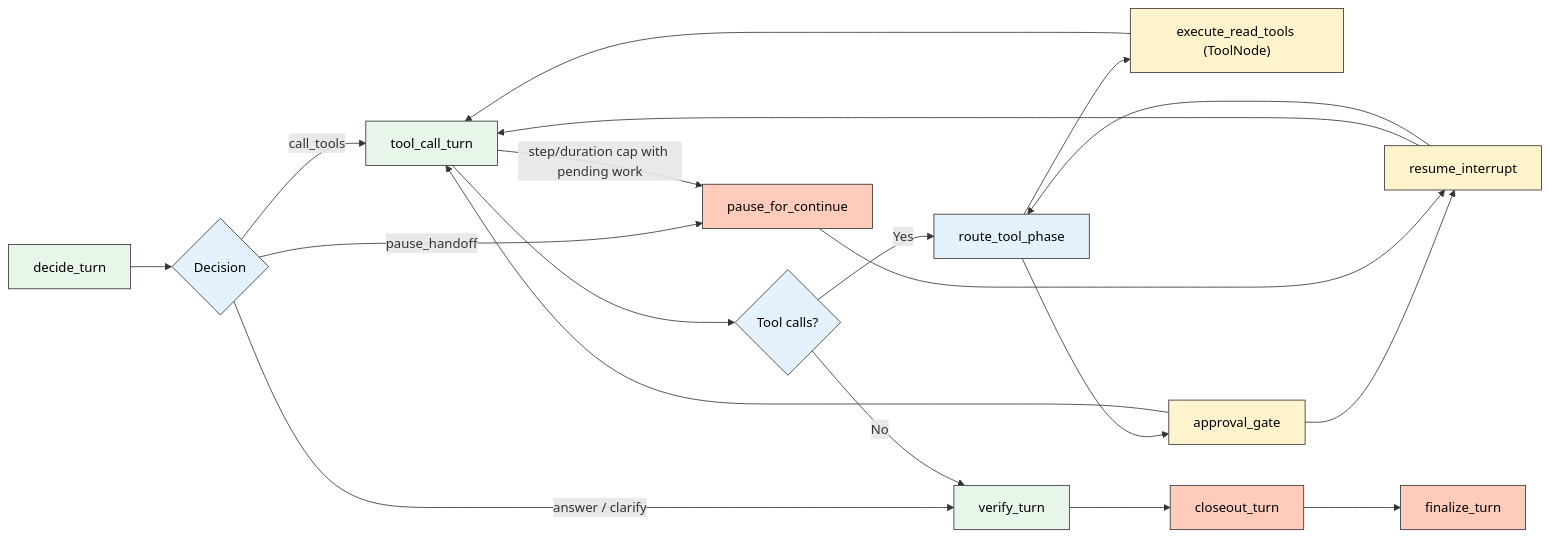
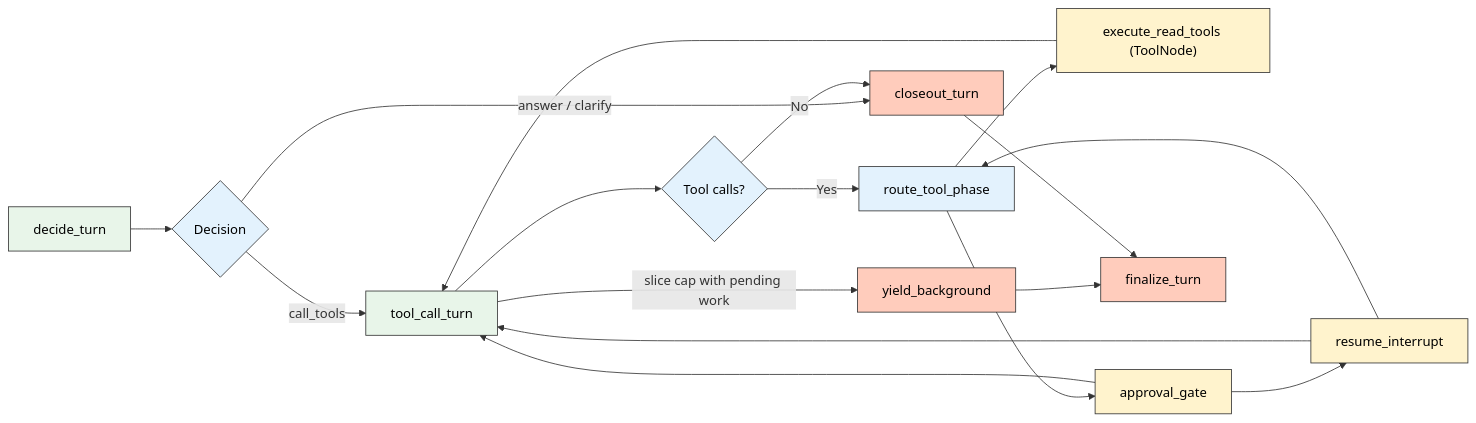
One commit to BokX1/Sage changed the second of 2 diagrams in docs/architecture/PIPELINE.md. Above: the diagram before and after it, drawn with Mermaid. The commit also changed other lines of this file and 40 other files, not shown here.

````diff
--- a/docs/architecture/PIPELINE.md
+++ b/docs/architecture/PIPELINE.md
@@ -93,26 +93,24 @@
 ```mermaid
 flowchart LR
     classDef llm fill:#e8f5e9,stroke:#333,color:black
     classDef route fill:#e3f2fd,stroke:#333,color:black
     classDef execute fill:#fff3cd,stroke:#333,color:black
     classDef result fill:#ffccbc,stroke:#333,color:black
 
     A["decide_turn"]:::llm --> B{"Decision"}:::route
     B -->|call_tools| C["tool_call_turn"]:::llm
-    B -->|answer / clarify| F["verify_turn"]:::llm
-    B -->|pause_handoff| I["pause_for_continue"]:::result
+    B -->|answer / clarify| F["closeout_turn"]:::result
     C --> D{"Tool calls?"}:::route
     D -->|Yes| E["route_tool_phase"]:::route
     D -->|No| F
     E --> J["execute_read_tools (ToolNode)"]:::execute
     E --> K["approval_gate"]:::execute
     J --> C
     K --> L["resume_interrupt"]:::execute
     K --> C
     L --> C
     L --> E
-    F --> G["closeout_turn"]:::result
-    G --> H["finalize_turn"]:::result
-    C -->|"step/duration cap with pending work"| I
-    I --> L
+    C -->|"slice cap with pending work"| I["yield_background"]:::result
+    I --> H["finalize_turn"]:::result
+    F --> H
 ```
````
